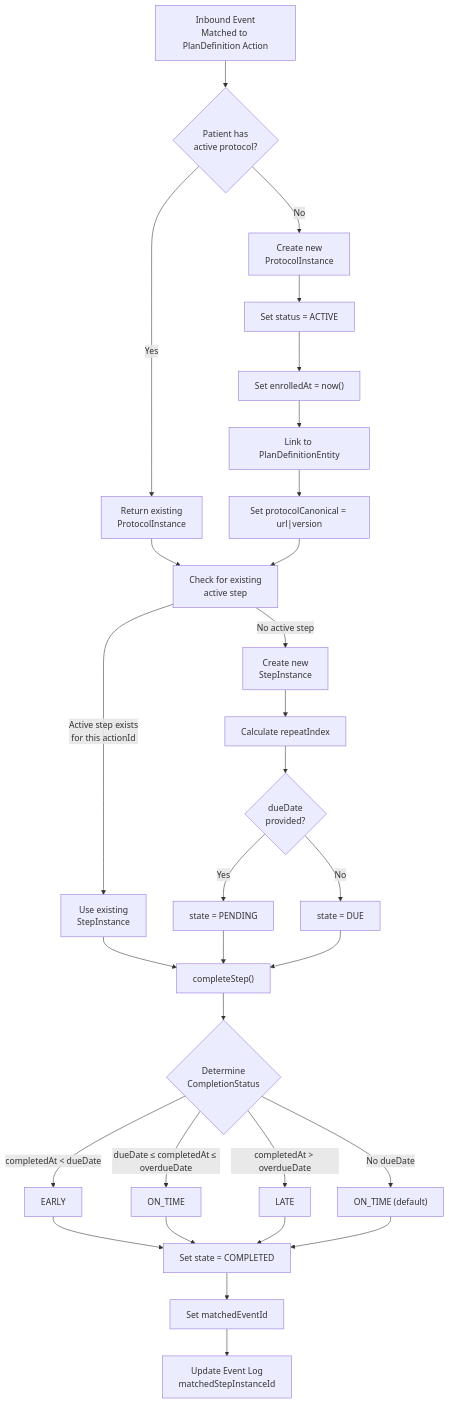
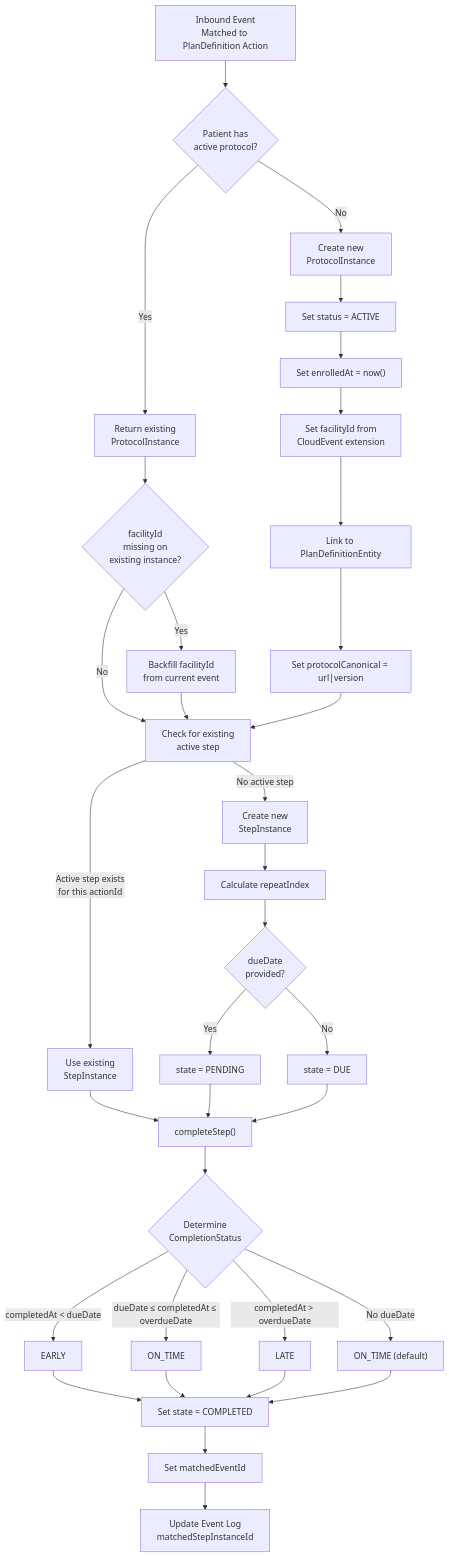
The fourth of 10 diagrams in docs/flow-diagrams.md (ishashankakkasali/cce-compliance-service), drawn with Mermaid before and after one commit. The commit also changed 5 other files, not shown here.

````diff
--- a/docs/flow-diagrams.md
+++ b/docs/flow-diagrams.md
@@ -229,41 +229,46 @@
 ```mermaid
 flowchart TD
     A["Inbound Event<br/>Matched to PlanDefinition Action"] --> B{"Patient has<br/>active protocol?"}
 
     B -->|"Yes"| C["Return existing<br/>ProtocolInstance"]
     B -->|"No"| D["Create new<br/>ProtocolInstance"]
 
     D --> E["Set status = ACTIVE"]
     E --> F["Set enrolledAt = now()"]
-    F --> G["Link to PlanDefinitionEntity"]
+    F --> F2["Set facilityId from<br/>CloudEvent extension"]
+    F2 --> G["Link to PlanDefinitionEntity"]
     G --> H["Set protocolCanonical = url|version"]
 
-    C --> I["Check for existing<br/>active step"]
-    H --> I
+    C --> C2{"facilityId<br/>missing on<br/>existing instance?"}
+    C2 -->|"Yes"| C3["Backfill facilityId<br/>from current event"]
+    C2 -->|"No"| I
+    C3 --> I
+
+    H --> I["Check for existing<br/>active step"]
 
     I -->|"Active step exists<br/>for this actionId"| J["Use existing<br/>StepInstance"]
     I -->|"No active step"| K["Create new<br/>StepInstance"]
 
     K --> L["Calculate repeatIndex"]
     L --> M{"dueDate<br/>provided?"}
     M -->|"Yes"| N["state = PENDING"]
     M -->|"No"| O["state = DUE"]
 
     J --> P["completeStep()"]
     N --> P
     O --> P
 
     P --> Q{"Determine<br/>CompletionStatus"}
     Q -->|"completedAt < dueDate"| R["EARLY"]
     Q -->|"dueDate ≤ completedAt ≤ overdueDate"| S["ON_TIME"]
     Q -->|"completedAt > overdueDate"| T["LATE"]
     Q -->|"No dueDate"| U["ON_TIME (default)"]
 
     R --> V["Set state = COMPLETED"]
     S --> V
     T --> V
     U --> V
 
     V --> W["Set matchedEventId"]
     W --> X["Update Event Log<br/>matchedStepInstanceId"]
 ```
````
